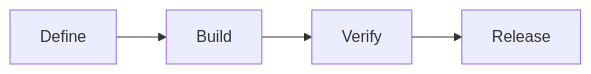
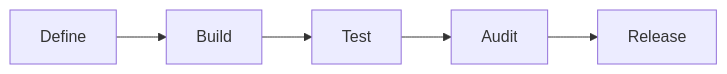
The first of 6 diagrams in docs/adr-003-v-model-workflow.md (rkristelijn/llama-cli), drawn with Mermaid before and after one commit. The commit also changed other lines of this file, not shown here.

Commit message:
docs: restructure workflow into Define, Build, Test, Audit, Release

````diff
--- a/docs/adr-003-v-model-workflow.md
+++ b/docs/adr-003-v-model-workflow.md
@@ -10,4 +10,4 @@
 ```mermaid
 graph LR
-    Define --> Build --> Verify --> Release
+    Define --> Build --> Test --> Audit --> Release
 ```
````
